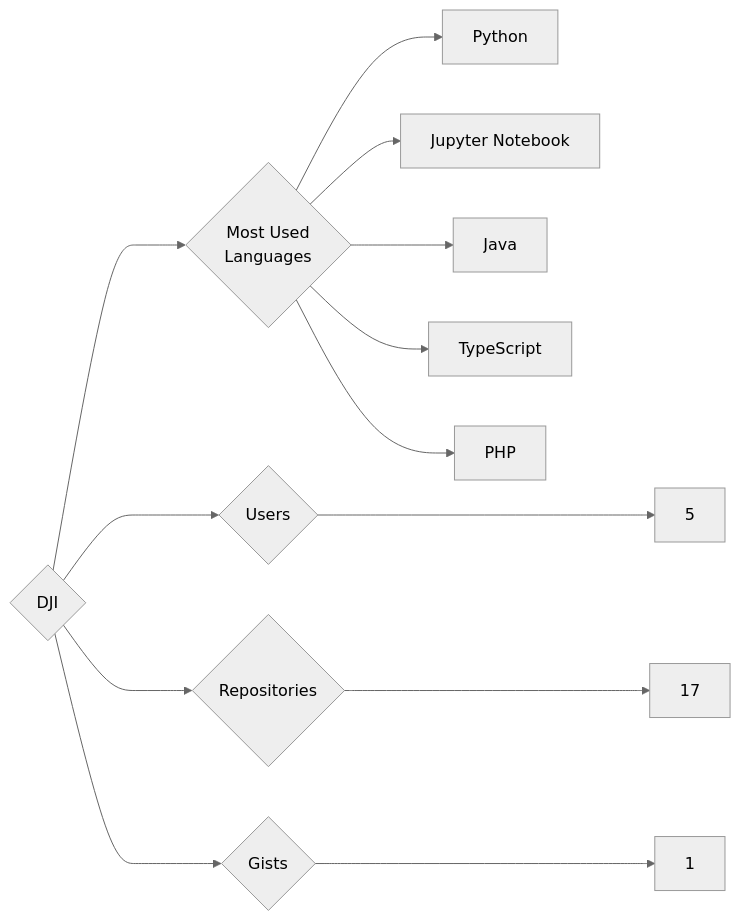
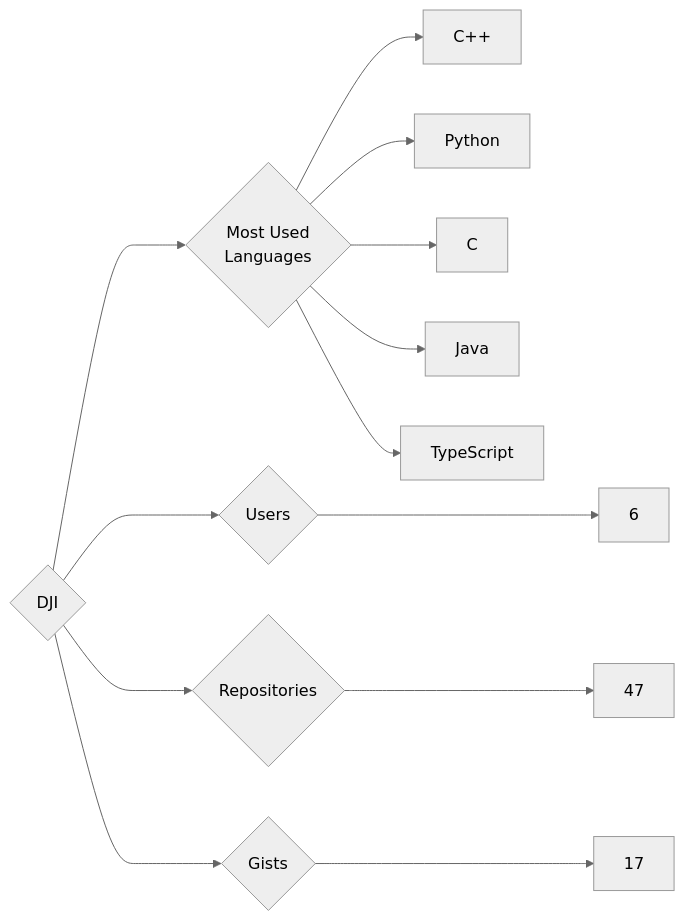
The diagram in targets/DJI/README.md (trickest/insiders), drawn with Mermaid (neutral theme) before and after one commit. The commit also changed 1088 other files, not shown here.

````diff
--- a/targets/DJI/README.md
+++ b/targets/DJI/README.md
@@ -3,13 +3,13 @@
 ```mermaid
 graph LR
 COMPANY_NAME{DJI}
-COMPANY_NAME ---> U{Users} ---> UN[5]
-COMPANY_NAME ---> R{Repositories} ---> RN[17]
-COMPANY_NAME ---> G{Gists} ---> GN[1]
+COMPANY_NAME ---> U{Users} ---> UN[6]
+COMPANY_NAME ---> R{Repositories} ---> RN[47]
+COMPANY_NAME ---> G{Gists} ---> GN[17]
 COMPANY_NAME ---> ML{Most Used<br>Languages}
+ML --> C++[C++]
 ML --> Python[Python]
-ML --> Jupyter_Notebook[Jupyter Notebook]
+ML --> C[C]
 ML --> Java[Java]
 ML --> TypeScript[TypeScript]
-ML --> PHP[PHP]
 ```
````
